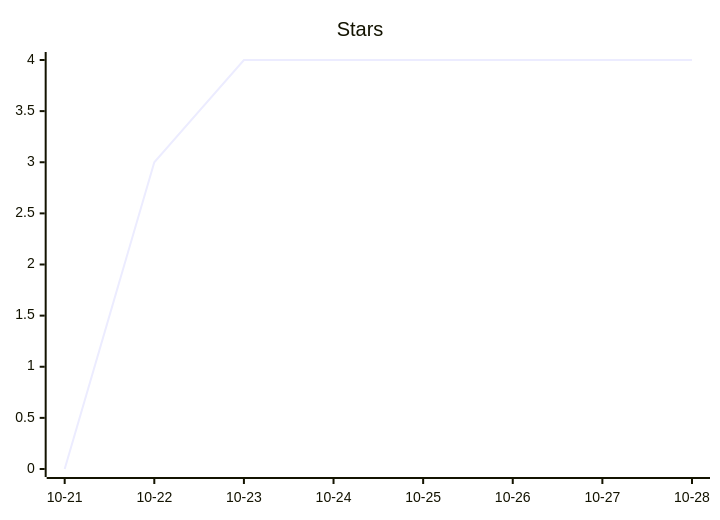
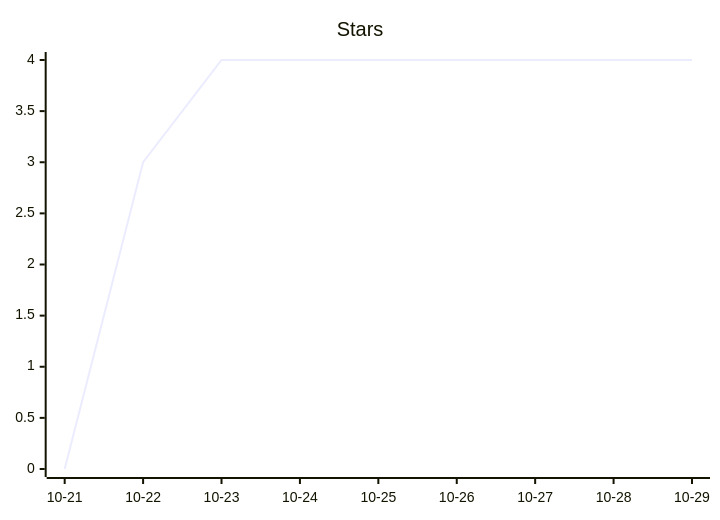
Before and after one commit to ArtemkaGoldMan/ContextSwitcher: the second of 3 diagrams in README.md, drawn with Mermaid. The commit also changed other lines of this file and 6 other files, not shown here.

````diff
--- a/README.md
+++ b/README.md
@@ -43,6 +43,6 @@
 ```mermaid
 xychart-beta
     title "Stars"
-    x-axis ["10-21", "10-22", "10-23", "10-24", "10-25", "10-26", "10-27", "10-28"]
-    line [0, 3, 4, 4, 4, 4, 4, 4]
+    x-axis ["10-21", "10-22", "10-23", "10-24", "10-25", "10-26", "10-27", "10-28", "10-29"]
+    line [0, 3, 4, 4, 4, 4, 4, 4, 4]
 ```
````
